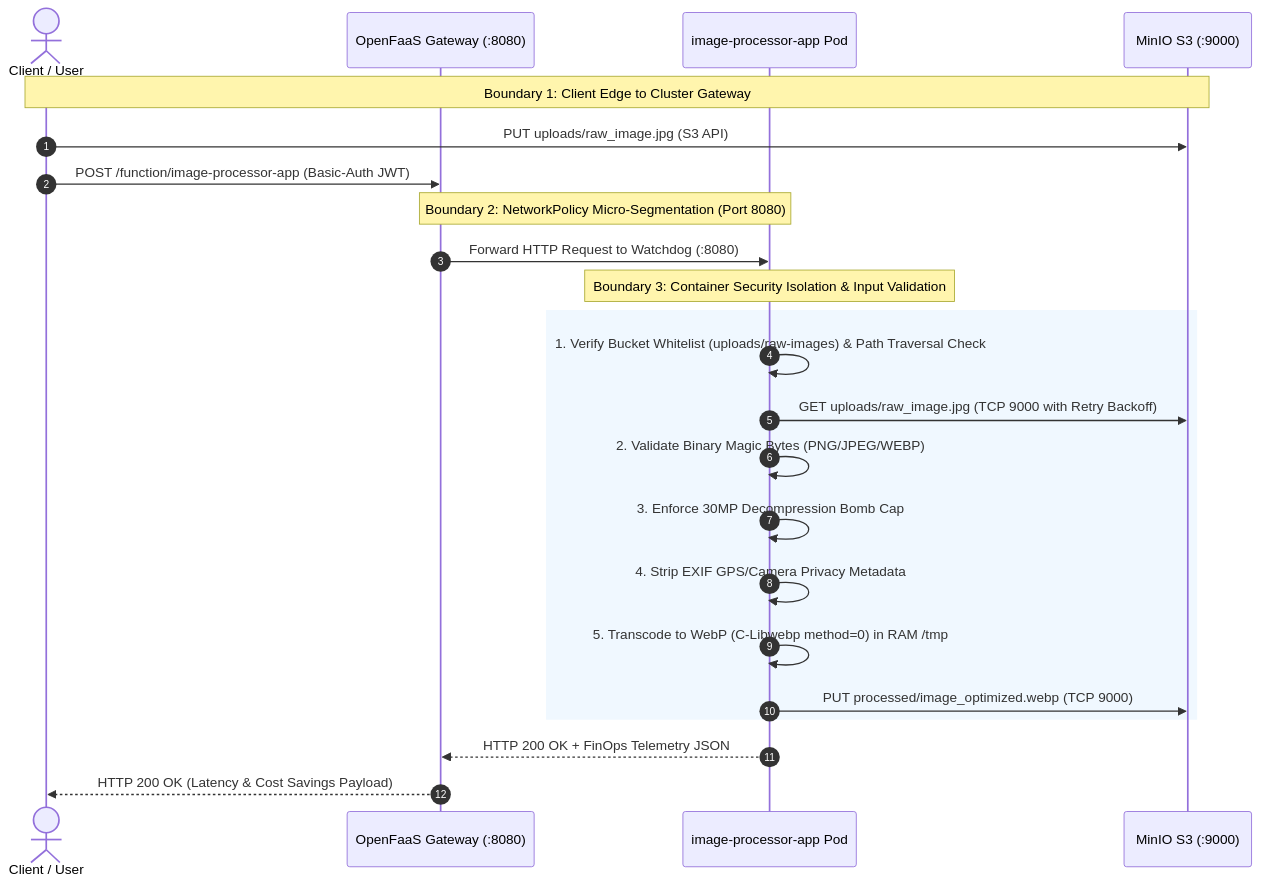
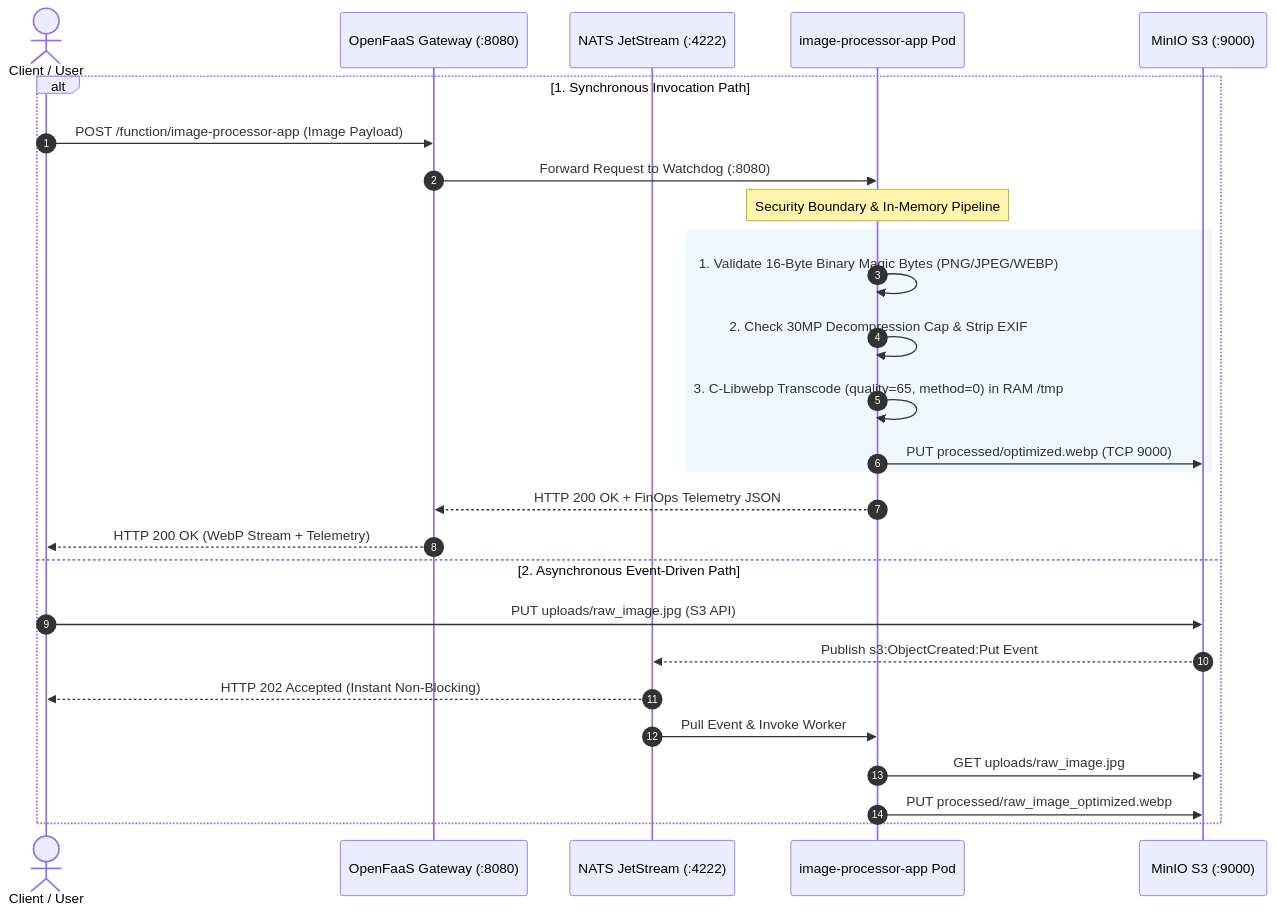
One commit to qadeeraay/serverless-cost-pipeline changed the second of 2 diagrams in ARCHITECTURE.md. Above: the diagram before and after it, drawn with Mermaid. The commit also changed other lines of this file and 2 other files, not shown here.

Commit message:
docs(diagrams): synchronize all drawio and mermaid architecture diagrams with live pipeline state

````diff
--- a/ARCHITECTURE.md
+++ b/ARCHITECTURE.md
@@ -60,29 +69,30 @@
 ```mermaid
 sequenceDiagram
     autonumber
     actor User as Client / User
     participant GW as OpenFaaS Gateway (:8080)
+    participant NATS as NATS JetStream (:4222)
     participant Pod as image-processor-app Pod
     participant Storage as MinIO S3 (:9000)
 
-    Note over User,Storage: Boundary 1: Client Edge to Cluster Gateway
-    User->>Storage: PUT uploads/raw_image.jpg (S3 API)
-    User->>GW: POST /function/image-processor-app (Basic-Auth JWT)
-
-    Note over GW,Pod: Boundary 2: NetworkPolicy Micro-Segmentation (Port 8080)
-    GW->>Pod: Forward HTTP Request to Watchdog (:8080)
-    
-    Note over Pod: Boundary 3: Container Security Isolation & Input Validation
-    rect rgb(240, 248, 255)
-        Pod->>Pod: 1. Verify Bucket Whitelist (uploads/raw-images) & Path Traversal Check
-        Pod->>Storage: GET uploads/raw_image.jpg (TCP 9000 with Retry Backoff)
-        Pod->>Pod: 2. Validate Binary Magic Bytes (PNG/JPEG/WEBP)
-        Pod->>Pod: 3. Enforce 30MP Decompression Bomb Cap
-        Pod->>Pod: 4. Strip EXIF GPS/Camera Privacy Metadata
-        Pod->>Pod: 5. Transcode to WebP (C-Libwebp method=0) in RAM /tmp
-        Pod->>Storage: PUT processed/image_optimized.webp (TCP 9000)
+    alt 1. Synchronous Invocation Path
+        User->>GW: POST /function/image-processor-app (Image Payload)
+        GW->>Pod: Forward Request to Watchdog (:8080)
+        Note over Pod: Security Boundary & In-Memory Pipeline
+        rect rgb(240, 248, 255)
+            Pod->>Pod: 1. Validate 16-Byte Binary Magic Bytes (PNG/JPEG/WEBP)
+            Pod->>Pod: 2. Check 30MP Decompression Cap & Strip EXIF
+            Pod->>Pod: 3. C-Libwebp Transcode (quality=65, method=0) in RAM /tmp
+            Pod->>Storage: PUT processed/optimized.webp (TCP 9000)
+        end
+        Pod-->>GW: HTTP 200 OK + FinOps Telemetry JSON
+        GW-->>User: HTTP 200 OK (WebP Stream + Telemetry)
+    else 2. Asynchronous Event-Driven Path
+        User->>Storage: PUT uploads/raw_image.jpg (S3 API)
+        Storage-->>NATS: Publish s3:ObjectCreated:Put Event
+        NATS-->>User: HTTP 202 Accepted (Instant Non-Blocking)
+        NATS->>Pod: Pull Event & Invoke Worker
+        Pod->>Storage: GET uploads/raw_image.jpg
+        Pod->>Storage: PUT processed/raw_image_optimized.webp
     end
-
-    Pod-->>GW: HTTP 200 OK + FinOps Telemetry JSON
-    GW-->>User: HTTP 200 OK (Latency & Cost Savings Payload)
 ```
````
